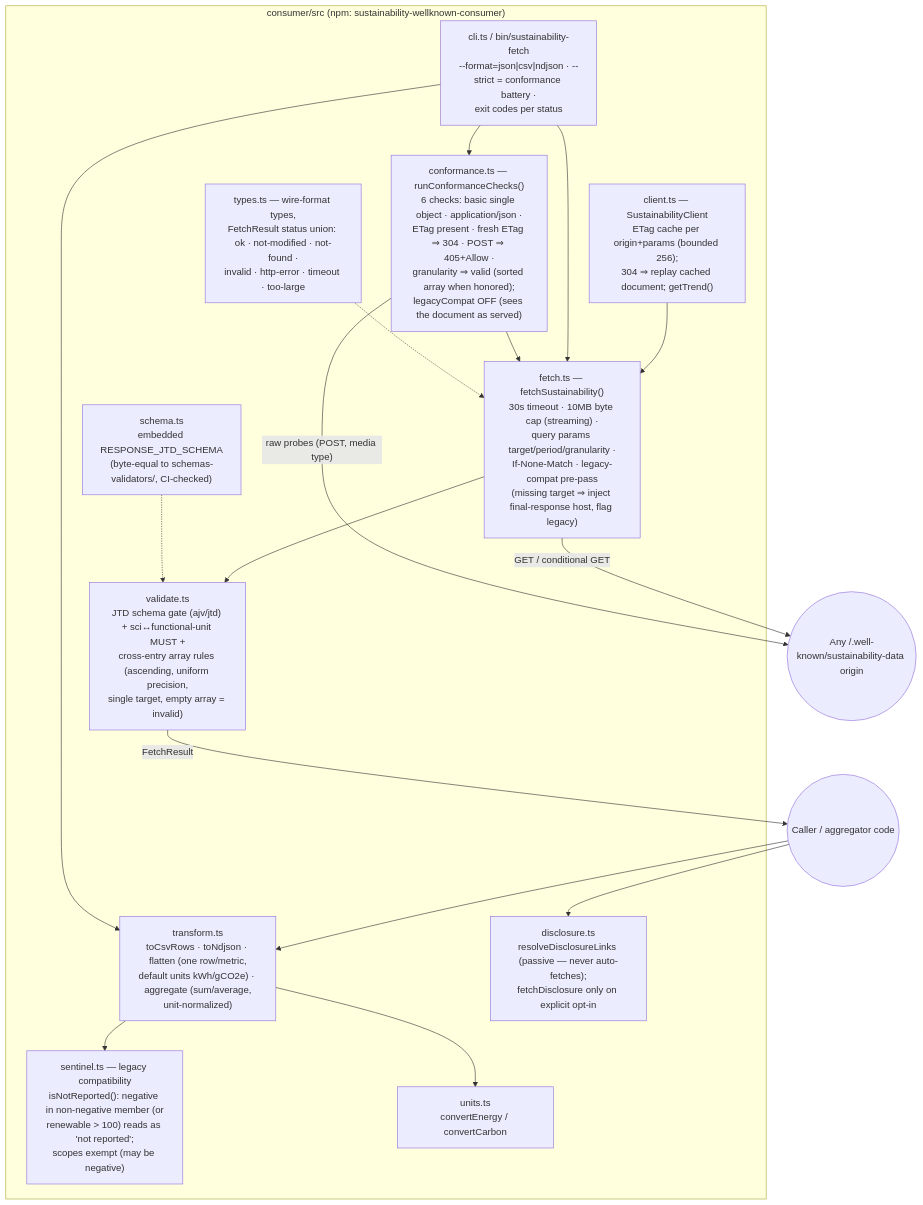
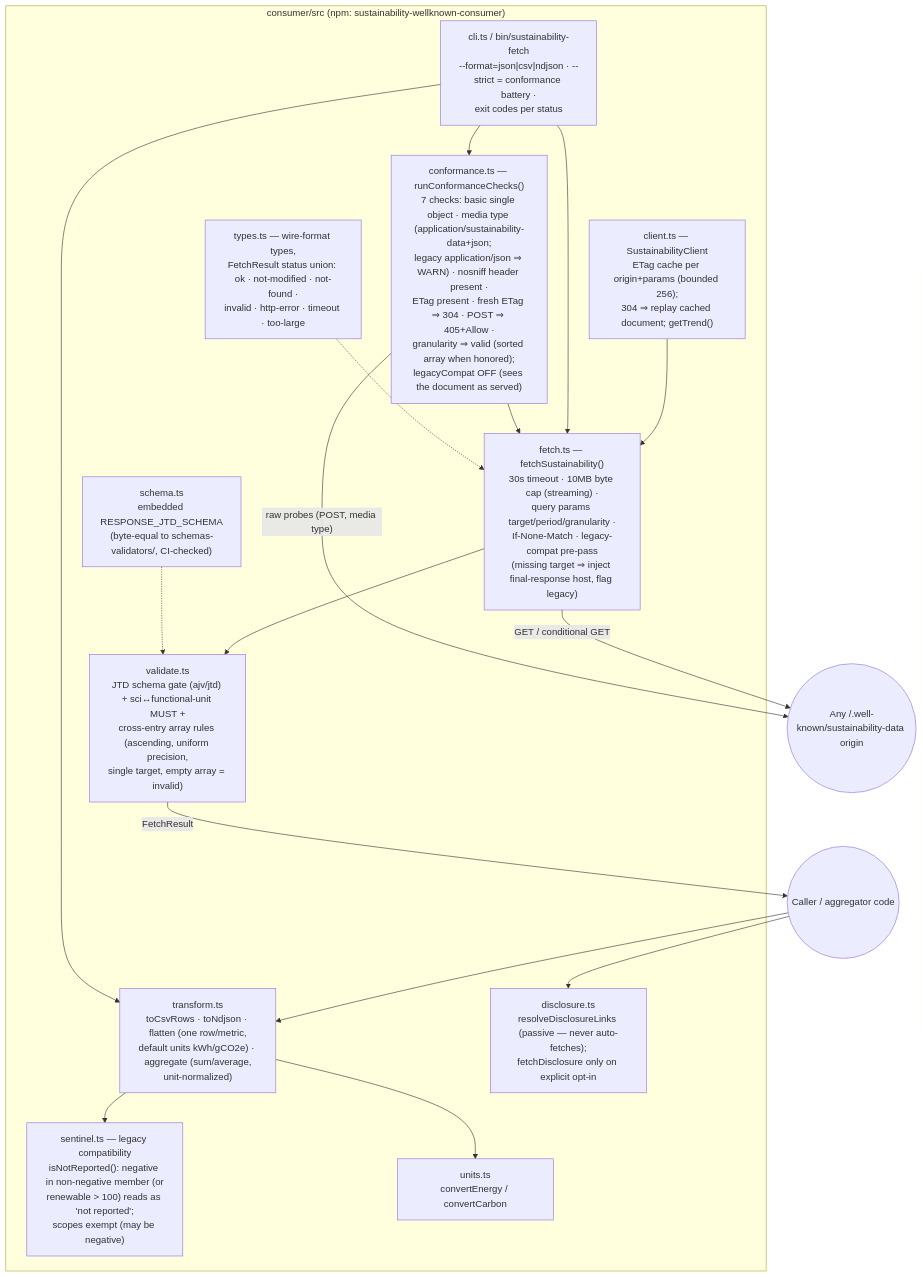
Before and after one commit to andreibesleaga/rfc-sustainability-wellknown: the ninth of 10 diagrams in architecture/README.md, drawn with Mermaid. The commit also changed other lines of this file and 75 other files, not shown here.

Commit message:
0.6.0: draft -06 media type, HTTPS, nosniff; v05-compatible modes

````diff
--- a/architecture/README.md
+++ b/architecture/README.md
@@ -687,36 +688,36 @@
 ```mermaid
 flowchart TB
     ORIGIN(("Any /.well-known/sustainability-data origin"))
 
     subgraph CONS["consumer/src (npm: sustainability-wellknown-consumer)"]
         FETCH["fetch.ts — fetchSustainability()<br/>30s timeout · 10MB byte cap (streaming) ·<br/>query params target/period/granularity ·<br/>If-None-Match · legacy-compat pre-pass<br/>(missing target ⇒ inject final-response host, flag legacy)"]
         VAL2["validate.ts<br/>JTD schema gate (ajv/jtd) + sci↔functional-unit MUST +<br/>cross-entry array rules (ascending, uniform precision,<br/>single target, empty array = invalid)"]
         SCH2["schema.ts<br/>embedded RESPONSE_JTD_SCHEMA<br/>(byte-equal to schemas-validators/, CI-checked)"]
         SENT["sentinel.ts — legacy compatibility<br/>isNotReported(): negative in non-negative member (or<br/>renewable > 100) reads as 'not reported';<br/>scopes exempt (may be negative)"]
         UNITS["units.ts<br/>convertEnergy / convertCarbon"]
         TRANS["transform.ts<br/>toCsvRows · toNdjson · flatten (one row/metric,<br/>default units kWh/gCO2e) · aggregate (sum/average,<br/>unit-normalized)"]
         CLIENT2["client.ts — SustainabilityClient<br/>ETag cache per origin+params (bounded 256);<br/>304 ⇒ replay cached document; getTrend()"]
-        CONF["conformance.ts — runConformanceChecks()<br/>6 checks: basic single object · application/json ·<br/>ETag present · fresh ETag ⇒ 304 · POST ⇒ 405+Allow ·<br/>granularity ⇒ valid (sorted array when honored);<br/>legacyCompat OFF (sees the document as served)"]
+        CONF["conformance.ts — runConformanceChecks()<br/>7 checks: basic single object · media type (application/sustainability-data+json;<br/>legacy application/json ⇒ WARN) · nosniff header present ·<br/>ETag present · fresh ETag ⇒ 304 · POST ⇒ 405+Allow ·<br/>granularity ⇒ valid (sorted array when honored);<br/>legacyCompat OFF (sees the document as served)"]
         DISC["disclosure.ts<br/>resolveDisclosureLinks (passive — never auto-fetches);<br/>fetchDisclosure only on explicit opt-in"]
         CLI3["cli.ts / bin/sustainability-fetch<br/>--format=json|csv|ndjson · --strict = conformance battery ·<br/>exit codes per status"]
         TYPES["types.ts — wire-format types,<br/>FetchResult status union: ok · not-modified · not-found ·<br/>invalid · http-error · timeout · too-large"]
     end
 
     APP(("Caller / aggregator code"))
 
     FETCH -- "GET / conditional GET" --> ORIGIN
     CONF -- "raw probes (POST, media type)" --> ORIGIN
     FETCH --> VAL2
     SCH2 -.-> VAL2
     VAL2 -- "FetchResult" --> APP
     CLIENT2 --> FETCH
     CLI3 --> FETCH
     CLI3 --> CONF
     CONF --> FETCH
     APP --> TRANS
     TRANS --> SENT
     TRANS --> UNITS
     APP --> DISC
     TYPES -.-> FETCH
     CLI3 --> TRANS
 ```
````
